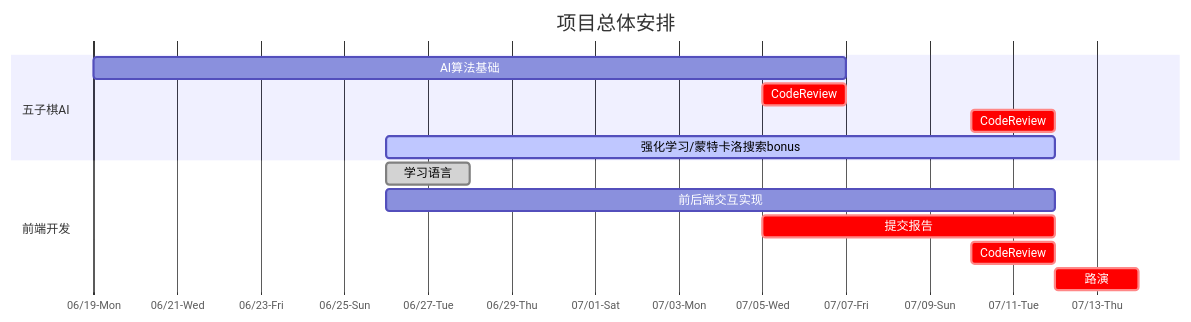
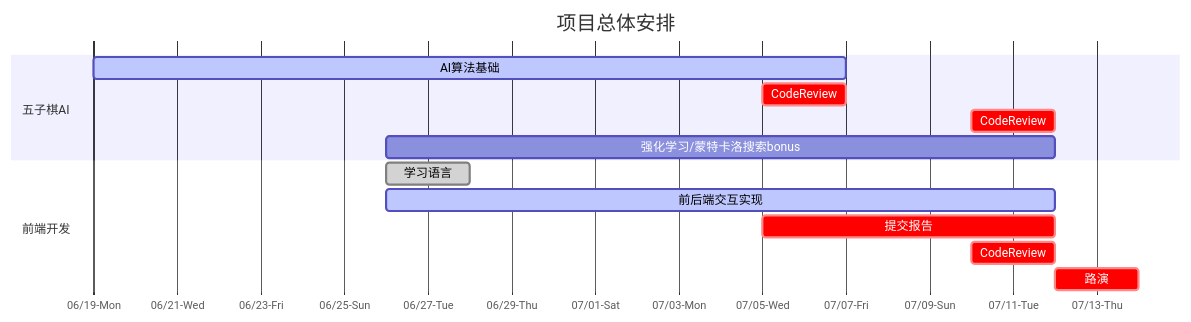
Before and after one commit to WilliamLiusy/GomokuAI: the diagram in README.md, drawn with Mermaid. The commit also changed other lines of this file, not shown here.

````diff
--- a/README.md
+++ b/README.md
@@ -95,16 +95,16 @@
 ```mermaid
 gantt
     title 项目总体安排
     axisFormat %m/%d-%a
     section 五子棋AI
-    AI算法基础  :2023-06-19, 18d
+    AI算法基础  :active,2023-06-19, 18d
     CodeReview :crit,2023-07-05,2d
     CodeReview :crit,2023-07-10,2d
-    强化学习/蒙特卡洛搜索bonus:active,2023-06-26,16d
+    强化学习/蒙特卡洛搜索bonus:2023-06-26,16d
     section 前端开发
     学习语言      :done, 2023-06-26, 2d
-    前后端交互实现 :2023-06-26, 16d
+    前后端交互实现 :active,2023-06-26, 16d
     提交报告      :crit, 2023-07-05, 7d
     CodeReview  :crit, 2023-07-10, 2d
     路演				:crit, 2d
 ```
````
